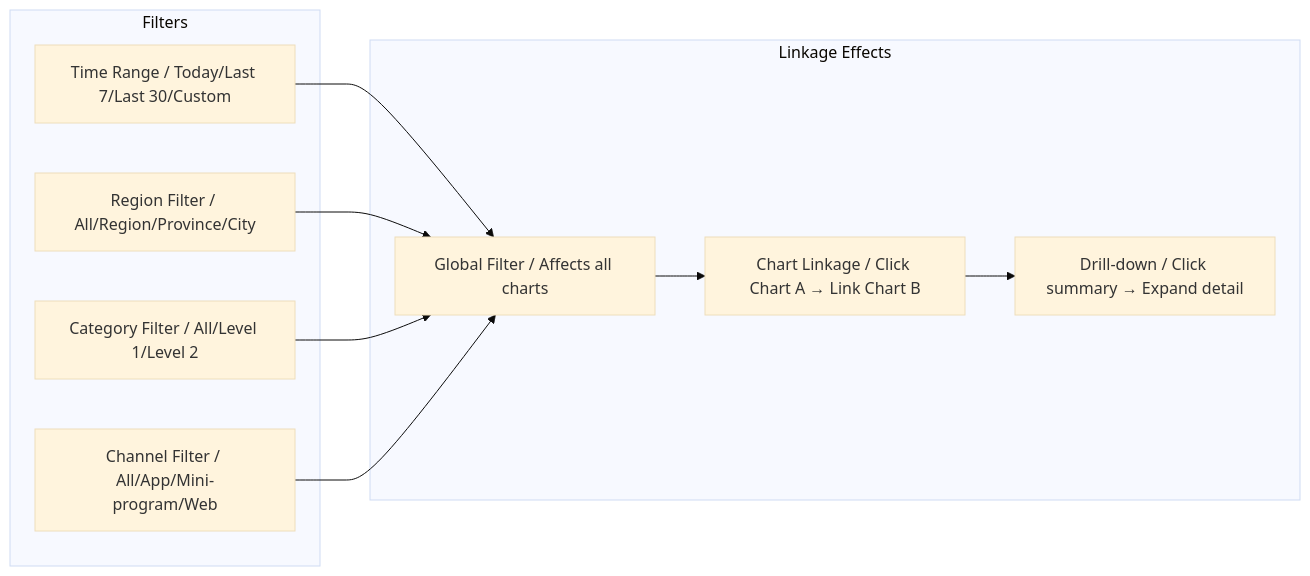
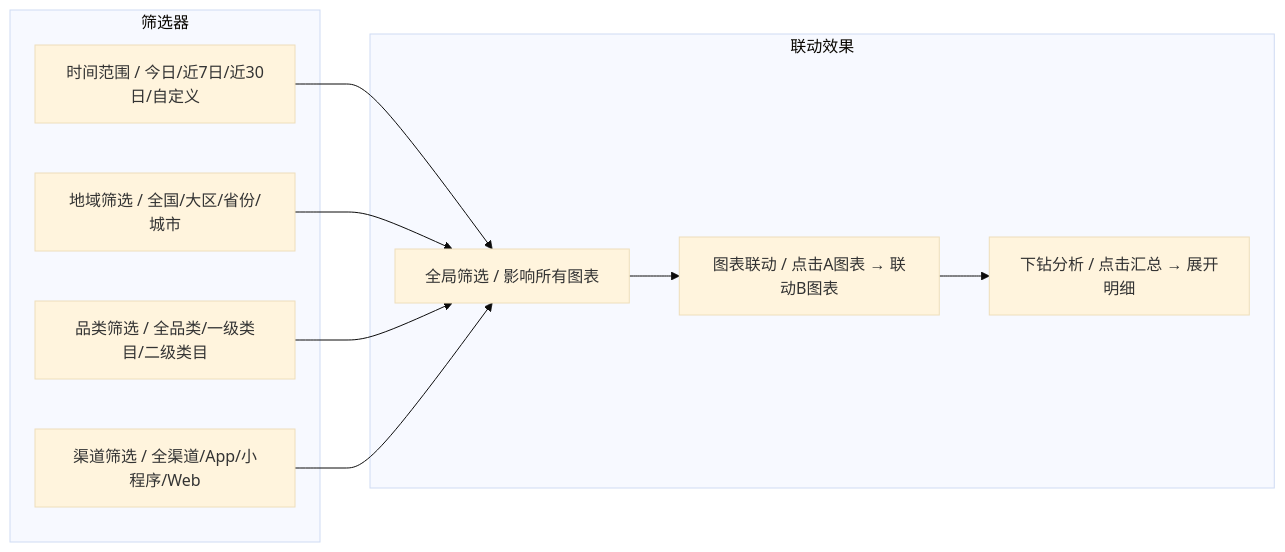
The seventh of 9 diagrams in templates/Product/Operations/Template-Dashboard.md (Kirky-X/cangjie), drawn with Mermaid (base theme) before and after one commit. The commit also changed other lines of this file and 33 other files, not shown here.

````diff
--- a/templates/Product/Operations/Template-Dashboard.md
+++ b/templates/Product/Operations/Template-Dashboard.md
@@ -331,23 +331,23 @@
 ```mermaid
 
 
 flowchart LR
-    subgraph "Filters"
-        F1["Time Range / Today/Last 7/Last 30/Custom"]
-        F2["Region Filter / All/Region/Province/City"]
-        F3["Category Filter / All/Level 1/Level 2"]
-        F4["Channel Filter / All/App/Mini-program/Web"]
+    subgraph "筛选器"
+        F1["时间范围 / 今日/近7日/近30日/自定义"]
+        F2["地域筛选 / 全国/大区/省份/城市"]
+        F3["品类筛选 / 全品类/一级类目/二级类目"]
+        F4["渠道筛选 / 全渠道/App/小程序/Web"]
     end
 
-    subgraph "Linkage Effects"
-        L1["Global Filter / Affects all charts"]
-        L2["Chart Linkage / Click Chart A → Link Chart B"]
-        L3["Drill-down / Click summary → Expand detail"]
+    subgraph "联动效果"
+        L1["全局筛选 / 影响所有图表"]
+        L2["图表联动 / 点击A图表 → 联动B图表"]
+        L3["下钻分析 / 点击汇总 → 展开明细"]
     end
 
     F1 --> L1
     F2 --> L1
     F3 --> L1
     F4 --> L1
     L1 --> L2 --> L3
 ```
````
